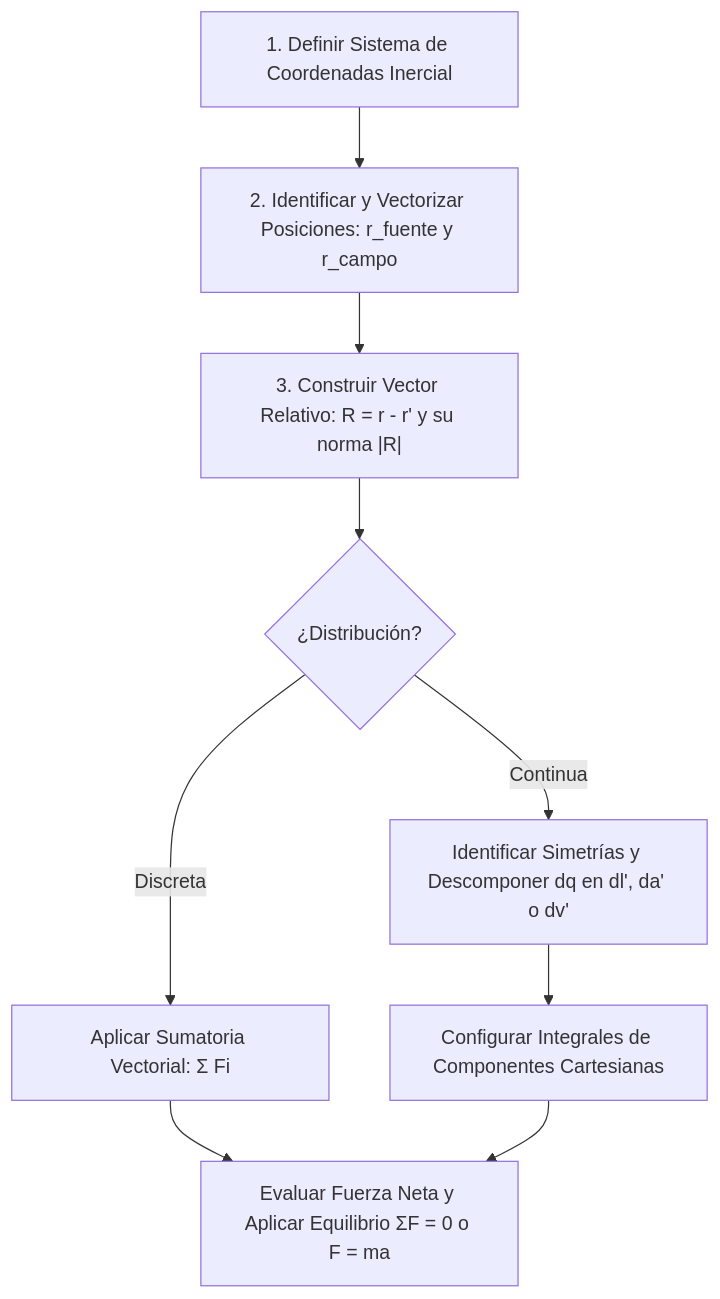
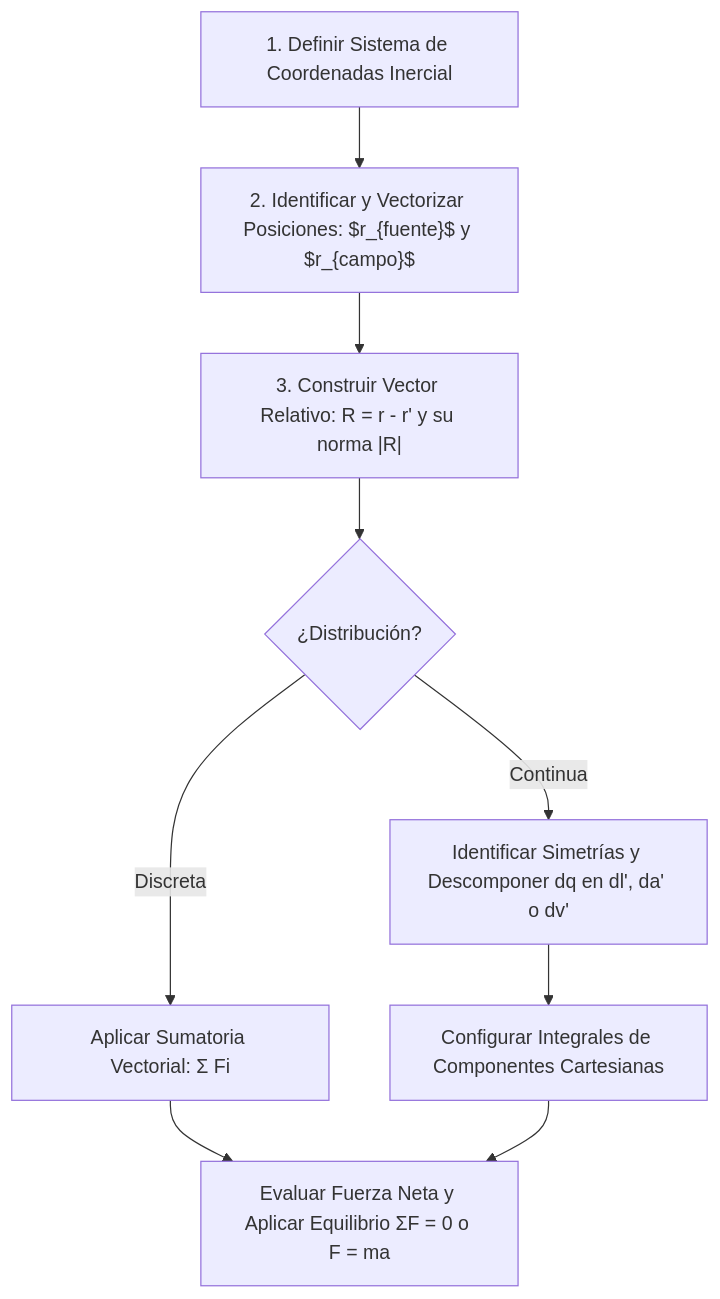
The third of 3 diagrams in src/content/docs/3-universitario/3-tercer-ciclo/2-física-3/1-introduccion-y-ley-de-coulomb.md (jhoseph-est/view-md), drawn with Mermaid before and after one commit. The commit also changed 3 other files, not shown here.

````diff
--- a/src/content/docs/3-universitario/3-tercer-ciclo/2-física-3/1-introduccion-y-ley-de-coulomb.md
+++ b/src/content/docs/3-universitario/3-tercer-ciclo/2-física-3/1-introduccion-y-ley-de-coulomb.md
@@ -323,11 +323,11 @@
 ```mermaid
 flowchart TD
-    M1[1. Definir Sistema de Coordenadas Inercial] --> M2[2. Identificar y Vectorizar Posiciones: r_fuente y r_campo]
+    M1[1. Definir Sistema de Coordenadas Inercial] --> M2["2. Identificar y Vectorizar Posiciones: $r_{fuente}$ y $r_{campo}$"]
     M2 --> M3["3. Construir Vector Relativo: R = r - r' y su norma |R|"]
     M3 --> M4{¿Distribución?}
     M4 -- Discreta --> M5["Aplicar Sumatoria Vectorial: Σ Fi"]
     M4 -- Continua --> M6["Identificar Simetrías y Descomponer dq en dl', da' o dv'"]
     M6 --> M7["Configurar Integrales de Componentes Cartesianas"]
     M5 --> M8[Evaluar Fuerza Neta y Aplicar Equilibrio ΣF = 0 o F = ma]
     M7 --> M8
 ```
````
